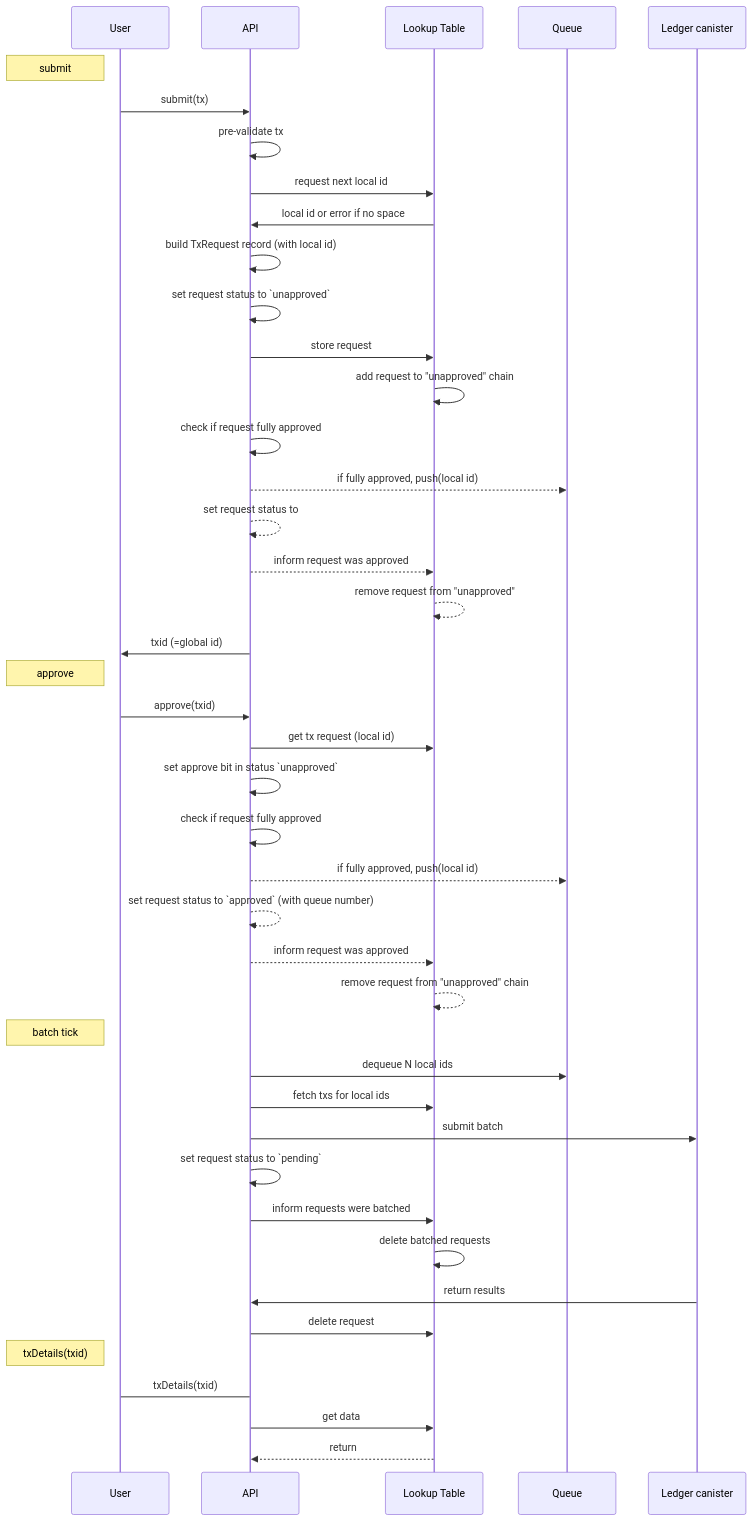
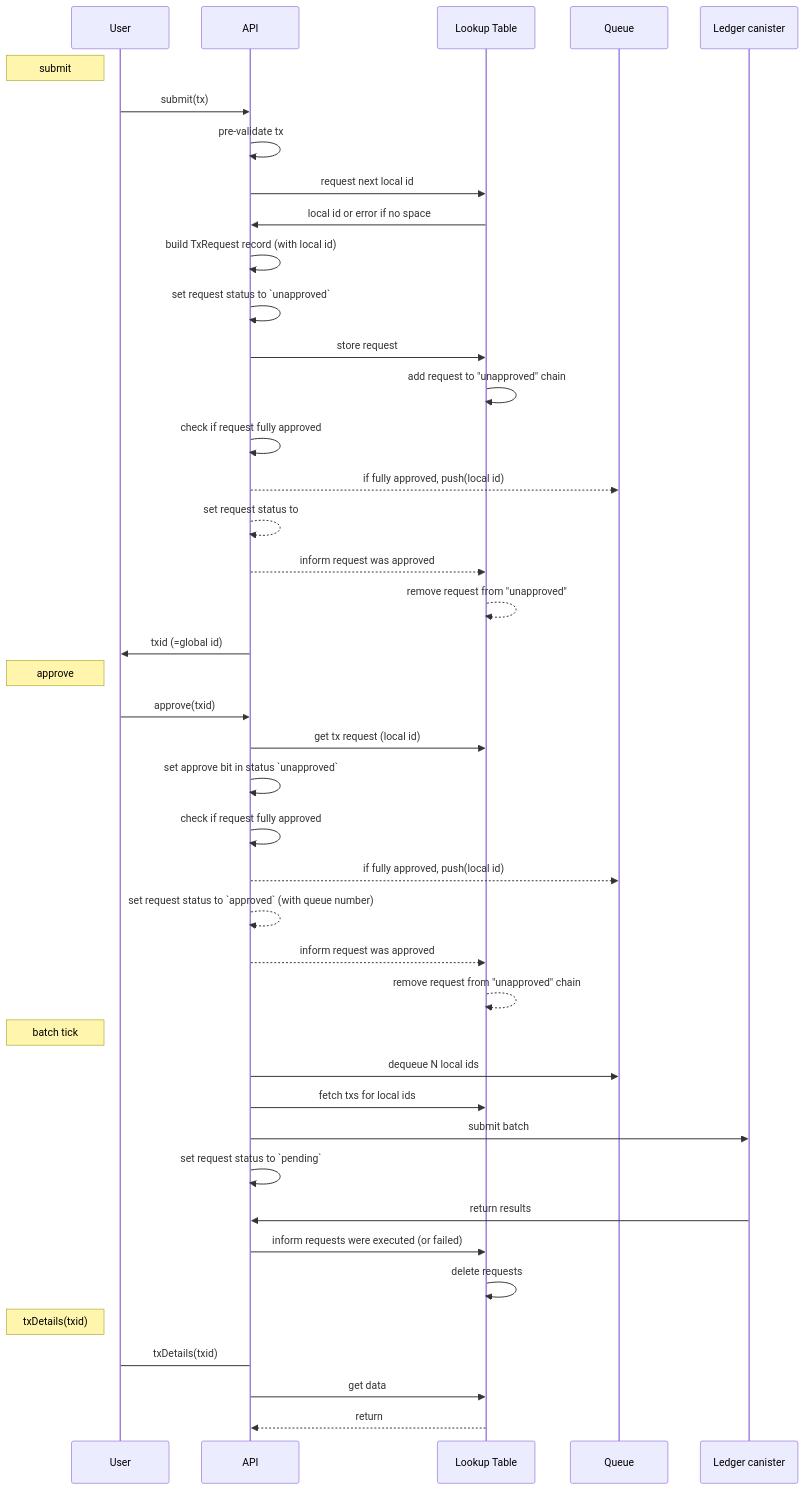
One commit to research-ag/hpl changed the diagram in README.md. Above: the diagram before and after it, drawn with Mermaid.

````diff
--- a/README.md
+++ b/README.md
@@ -155,40 +155,39 @@
 ```mermaid
 sequenceDiagram
     Note left of User: submit
     User->>API: submit(tx)
     API->>API: pre-validate tx 
     API->>Lookup Table: request next local id
     Lookup Table->>API: local id or error if no space
     API->>API: build TxRequest record (with local id)
     API->>API: set request status to `unapproved`
     API->>Lookup Table: store request
     Lookup Table->>Lookup Table: add request to "unapproved" chain
     API->>API: check if request fully approved
     API-->>Queue: if fully approved, push(local id)
     API-->>API: set request status to #approved (with queue number)
     API-->>Lookup Table: inform request was approved
     Lookup Table-->>Lookup Table: remove request from "unapproved"
     API->>User: txid (=global id) 
     Note left of User: approve
     User->>API: approve(txid)
     API->>Lookup Table: get tx request (local id) 
     API->>API: set approve bit in status `unapproved`
     API->>API: check if request fully approved
     API-->>Queue: if fully approved, push(local id)
     API-->>API: set request status to `approved` (with queue number)
     API-->>Lookup Table: inform request was approved
     Lookup Table-->>Lookup Table: remove request from "unapproved" chain
     Note left of User: batch tick
     API->>Queue: dequeue N local ids
     API->>Lookup Table: fetch txs for local ids
     API->>Ledger canister: submit batch
     API->>API: set request status to `pending`
-    API->>Lookup Table: inform requests were batched
-    Lookup Table->>Lookup Table: delete batched requests
     Ledger canister->>API: return results
-    API->>Lookup Table: delete request
+    API->>Lookup Table: inform requests were executed (or failed)
+    Lookup Table->>Lookup Table: delete requests
     Note left of User: txDetails(txid)
     User->API: txDetails(txid)
     API->>Lookup Table: get data
     Lookup Table-->>API: return
 ```
````
